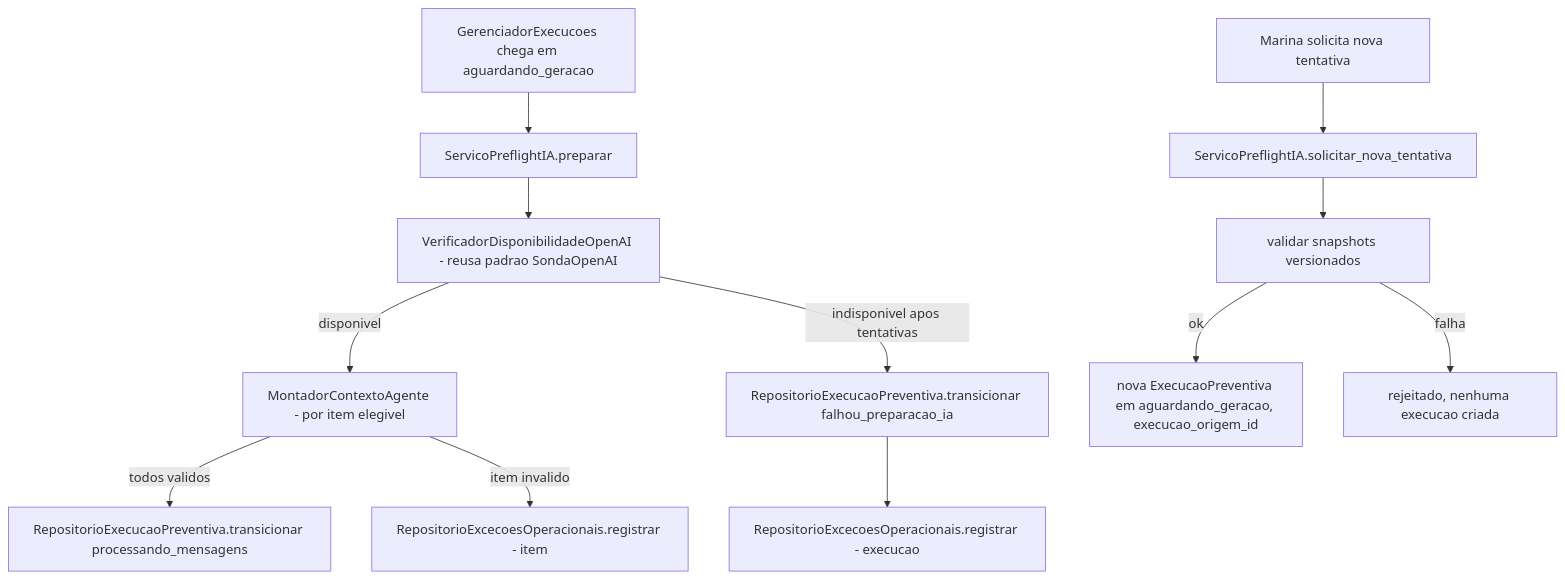
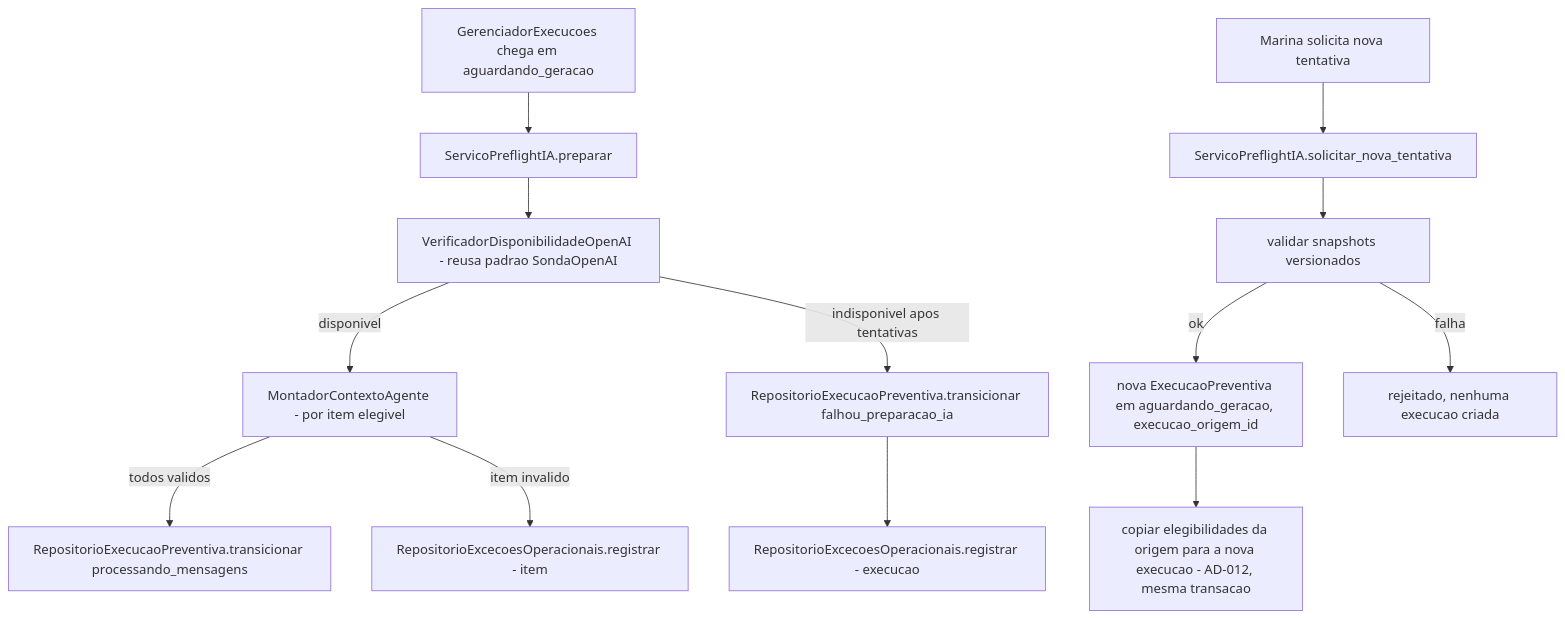
One commit to RafaelLeonhardt/I2A2-InsurMind-Desafio5 changed the diagram in .specs/features/3-1-preparar-a-producao-agentica-com-dados-minimos/design.md. Above: the diagram before and after it, drawn with Mermaid. The commit also changed other lines of this file and 14 other files, not shown here.

````diff
--- a/.specs/features/3-1-preparar-a-producao-agentica-com-dados-minimos/design.md
+++ b/.specs/features/3-1-preparar-a-producao-agentica-com-dados-minimos/design.md
@@ -22,14 +22,15 @@
 ```mermaid
 graph TD
     A[GerenciadorExecucoes chega em aguardando_geracao] --> B[ServicoPreflightIA.preparar]
     B --> C[VerificadorDisponibilidadeOpenAI - reusa padrao SondaOpenAI]
     C -- disponivel --> D[MontadorContextoAgente - por item elegivel]
     D -- todos validos --> E[RepositorioExecucaoPreventiva.transicionar processando_mensagens]
     D -- item invalido --> F[RepositorioExcecoesOperacionais.registrar - item]
     C -- indisponivel apos tentativas --> G[RepositorioExecucaoPreventiva.transicionar falhou_preparacao_ia]
     G --> H[RepositorioExcecoesOperacionais.registrar - execucao]
     I[Marina solicita nova tentativa] --> J[ServicoPreflightIA.solicitar_nova_tentativa]
     J --> K[validar snapshots versionados]
     K -- ok --> L[nova ExecucaoPreventiva em aguardando_geracao, execucao_origem_id]
+    L --> N[copiar elegibilidades da origem para a nova execucao - AD-012, mesma transacao]
     K -- falha --> M[rejeitado, nenhuma execucao criada]
 ```
````
